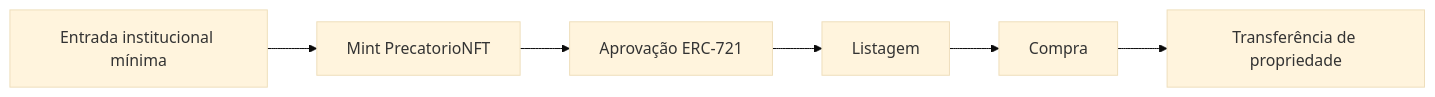
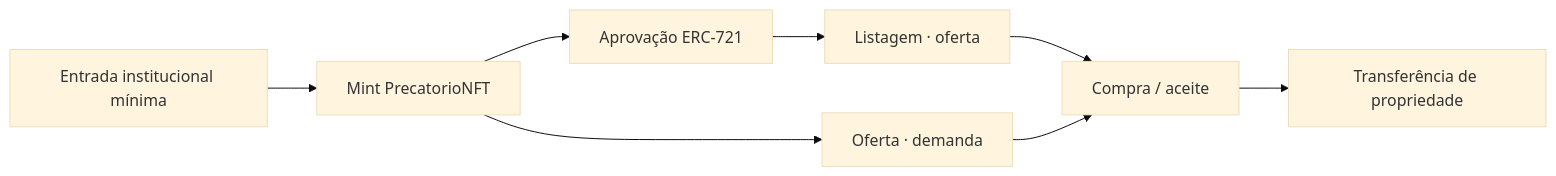
The diagram in Lab4/docs/modelo-solucao.md (Victor-droid165/blockchain), drawn with Mermaid (base theme) before and after one commit. The commit also changed other lines of this file and 30 other files, not shown here.

````diff
--- a/Lab4/docs/modelo-solucao.md
+++ b/Lab4/docs/modelo-solucao.md
@@ -7,11 +7,15 @@
 ```mermaid
 flowchart LR
     E[Entrada institucional mínima]
     N[Mint PrecatorioNFT]
     A[Aprovação ERC-721]
-    L[Listagem]
-    C[Compra]
+    L[Listagem · oferta]
+    O[Oferta · demanda]
+    C[Compra / aceite]
     T[Transferência de propriedade]
 
-    E --> N --> A --> L --> C --> T
+    E --> N --> A
+    A --> L --> C
+    N --> O --> C
+    C --> T
 ```
````
